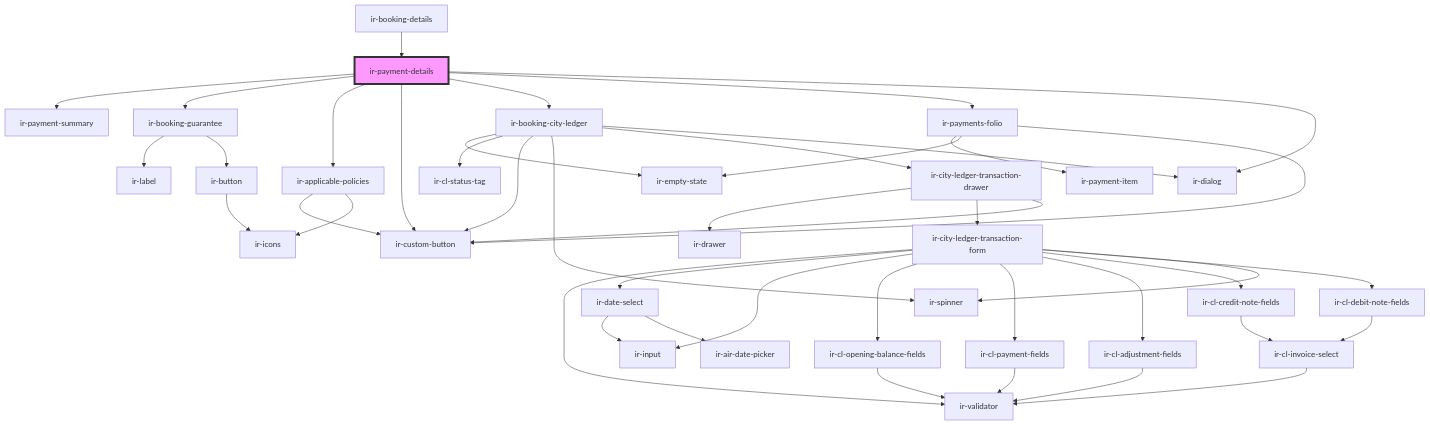
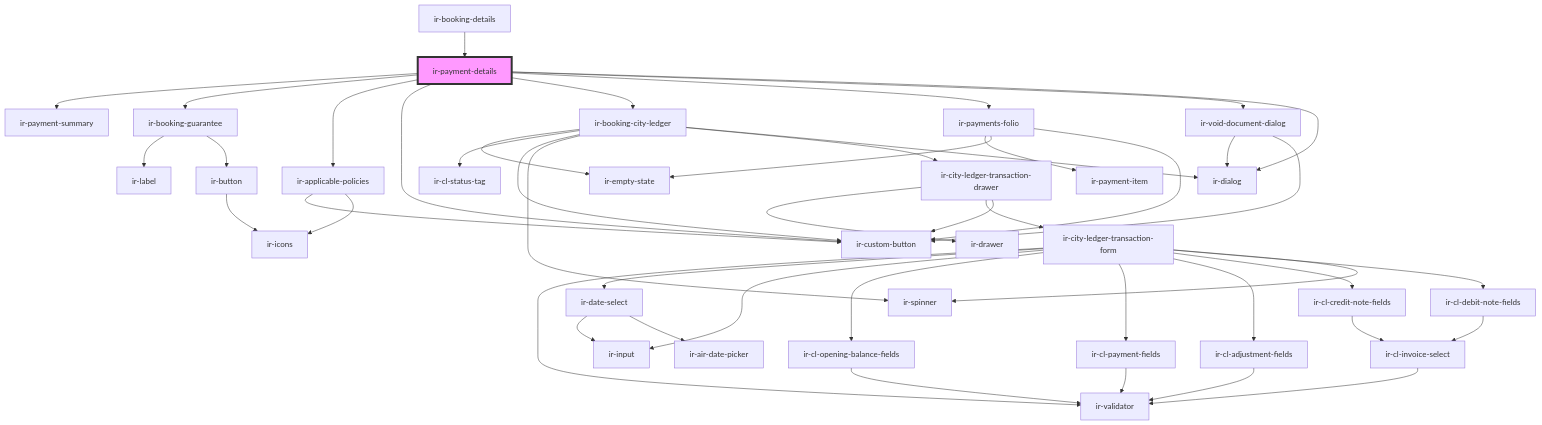
The diagram in src/components/ir-booking-details/ir-payment-details/readme.md (RonyRizk/ir-webcmp), drawn with Mermaid before and after one commit. The commit also changed other lines of this file and 43 other files, not shown here.

````diff
--- a/src/components/ir-booking-details/ir-payment-details/readme.md
+++ b/src/components/ir-booking-details/ir-payment-details/readme.md
@@ -55,46 +56,49 @@
 ```mermaid
 graph TD;
   ir-payment-details --> ir-payment-summary
   ir-payment-details --> ir-booking-guarantee
   ir-payment-details --> ir-applicable-policies
   ir-payment-details --> ir-custom-button
   ir-payment-details --> ir-booking-city-ledger
   ir-payment-details --> ir-payments-folio
+  ir-payment-details --> ir-void-document-dialog
   ir-payment-details --> ir-dialog
   ir-booking-guarantee --> ir-label
   ir-booking-guarantee --> ir-button
   ir-button --> ir-icons
   ir-applicable-policies --> ir-custom-button
   ir-applicable-policies --> ir-icons
   ir-booking-city-ledger --> ir-empty-state
   ir-booking-city-ledger --> ir-cl-status-tag
   ir-booking-city-ledger --> ir-custom-button
   ir-booking-city-ledger --> ir-spinner
   ir-booking-city-ledger --> ir-city-ledger-transaction-drawer
   ir-booking-city-ledger --> ir-dialog
   ir-city-ledger-transaction-drawer --> ir-drawer
   ir-city-ledger-transaction-drawer --> ir-city-ledger-transaction-form
   ir-city-ledger-transaction-drawer --> ir-custom-button
   ir-city-ledger-transaction-form --> ir-validator
   ir-city-ledger-transaction-form --> ir-date-select
   ir-city-ledger-transaction-form --> ir-input
   ir-city-ledger-transaction-form --> ir-cl-opening-balance-fields
   ir-city-ledger-transaction-form --> ir-cl-payment-fields
   ir-city-ledger-transaction-form --> ir-cl-adjustment-fields
   ir-city-ledger-transaction-form --> ir-cl-credit-note-fields
   ir-city-ledger-transaction-form --> ir-cl-debit-note-fields
   ir-city-ledger-transaction-form --> ir-spinner
   ir-date-select --> ir-input
   ir-date-select --> ir-air-date-picker
   ir-cl-opening-balance-fields --> ir-validator
   ir-cl-payment-fields --> ir-validator
   ir-cl-adjustment-fields --> ir-validator
   ir-cl-credit-note-fields --> ir-cl-invoice-select
   ir-cl-invoice-select --> ir-validator
   ir-cl-debit-note-fields --> ir-cl-invoice-select
   ir-payments-folio --> ir-payment-item
   ir-payments-folio --> ir-empty-state
   ir-payments-folio --> ir-custom-button
+  ir-void-document-dialog --> ir-dialog
+  ir-void-document-dialog --> ir-custom-button
   ir-booking-details --> ir-payment-details
   style ir-payment-details fill:#f9f,stroke:#333,stroke-width:4px
 ```
````
